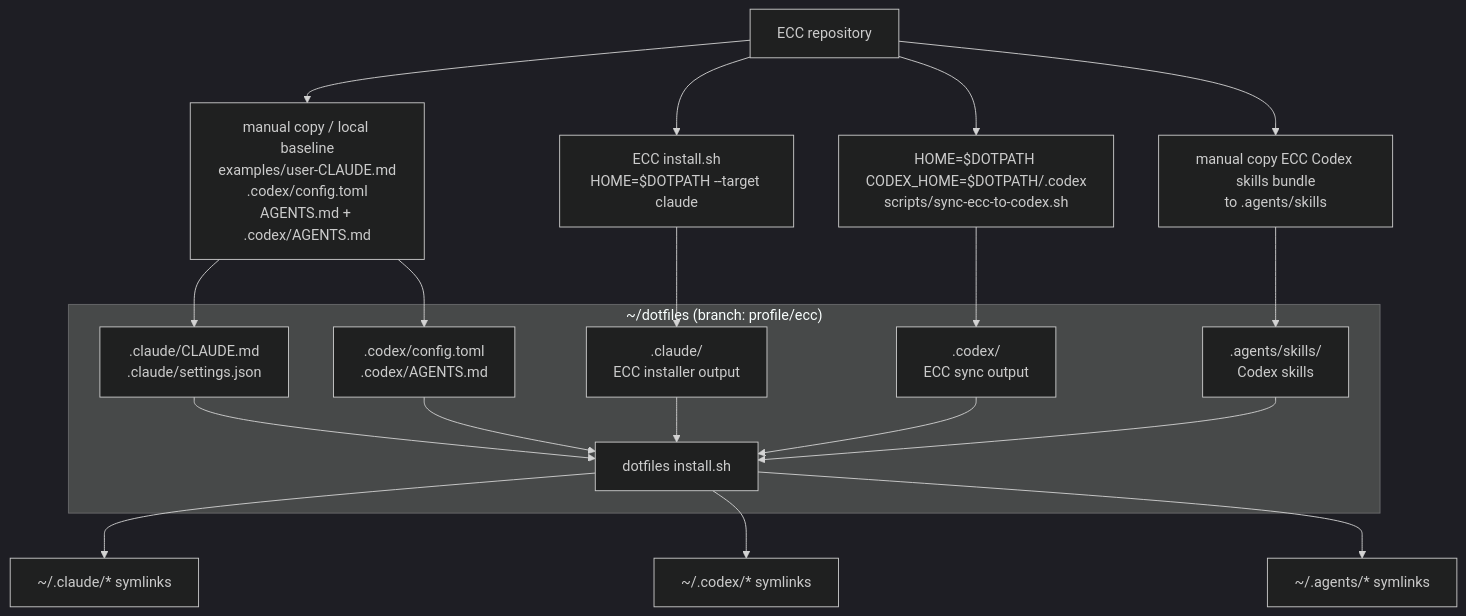
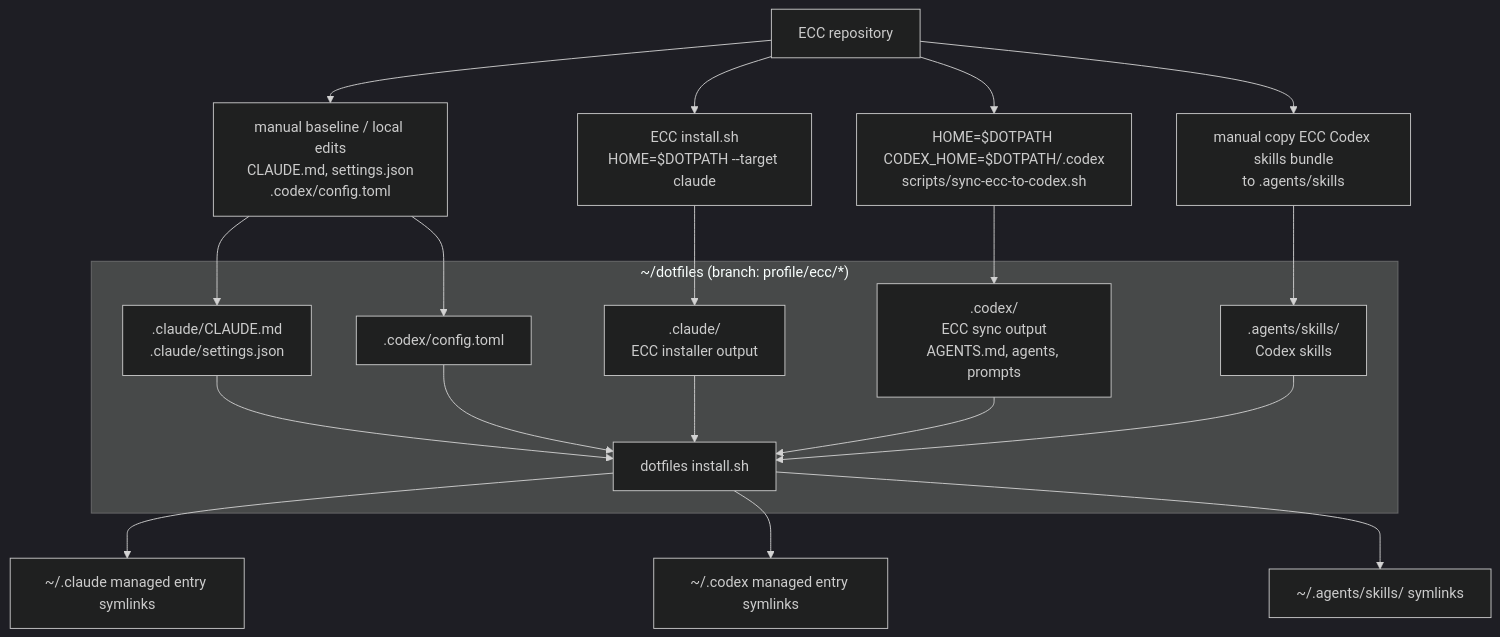
One commit to t-yokota/dotfiles changed the diagram in docs/ecc-dotfiles-manual-install.md. Above: the diagram before and after it, drawn with Mermaid (dark theme). The commit also changed other lines of this file and 1 other file, not shown here.

First line of the commit message:
ECC: document profile base install workflow

````diff
--- a/docs/ecc-dotfiles-manual-install.md
+++ b/docs/ecc-dotfiles-manual-install.md
@@ -25,35 +48,35 @@
 ```mermaid
 flowchart TD
   ECC["ECC repository"]
-  ManualCopy["manual copy / local baseline<br/>examples/user-CLAUDE.md<br/>.codex/config.toml<br/>AGENTS.md + .codex/AGENTS.md"]
+  ManualCopy["manual baseline / local edits<br/>CLAUDE.md, settings.json<br/>.codex/config.toml"]
   ClaudeFake["ECC install.sh<br/>HOME=$DOTPATH --target claude"]
   CodexFake["HOME=$DOTPATH CODEX_HOME=$DOTPATH/.codex<br/>scripts/sync-ecc-to-codex.sh"]
   CodexSkills["manual copy ECC Codex skills bundle<br/>to .agents/skills"]
-  RealClaude["~/.claude/* symlinks"]
-  RealCodex["~/.codex/* symlinks"]
-  RealAgents["~/.agents/* symlinks"]
+  RealClaude["~/.claude managed entry symlinks"]
+  RealCodex["~/.codex managed entry symlinks"]
+  RealAgents["~/.agents/skills/<skill> symlinks"]
 
-  subgraph Dotfiles["~/dotfiles (branch: profile/ecc)"]
+  subgraph Dotfiles["~/dotfiles (branch: profile/ecc/*)"]
     ClaudeManual[".claude/CLAUDE.md<br/>.claude/settings.json"]
-    CodexManual[".codex/config.toml<br/>.codex/AGENTS.md"]
+    CodexManual[".codex/config.toml"]
     DotClaude[".claude/<br/>ECC installer output"]
-    DotCodex[".codex/<br/>ECC sync output"]
+    DotCodex[".codex/<br/>ECC sync output<br/>AGENTS.md, agents, prompts"]
     DotAgents[".agents/skills/<br/>Codex skills"]
     DotInstall["dotfiles install.sh"]
   end
 
   ECC --> ManualCopy
   ManualCopy --> ClaudeManual
   ManualCopy --> CodexManual
   ECC --> ClaudeFake --> DotClaude
   ECC --> CodexFake --> DotCodex
   ECC --> CodexSkills --> DotAgents
   ClaudeManual --> DotInstall
   CodexManual --> DotInstall
   DotClaude --> DotInstall
   DotCodex --> DotInstall
   DotAgents --> DotInstall
   DotInstall --> RealClaude
   DotInstall --> RealCodex
   DotInstall --> RealAgents
 ```
````
